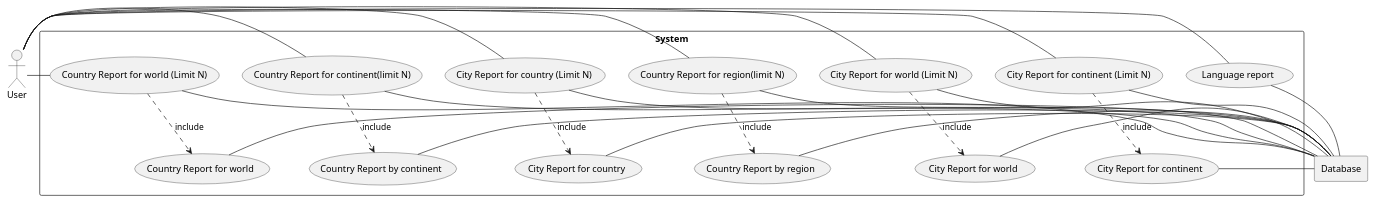
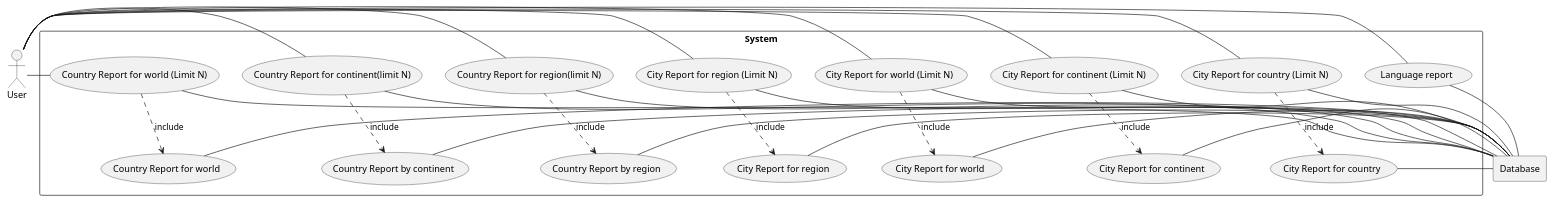
Before and after one commit to Drakon4ik-Coder/SET08103_GP: the diagram in use-cases/diagram-1.puml, drawn with PlantUML. The commit also changed 2 other files, not shown here.

Commit message:
Added use case for City Report for region

```diff
--- a/use-cases/diagram-1.puml
+++ b/use-cases/diagram-1.puml
@@ -1,52 +1,58 @@
 @startuml
 
 actor U as "User"
 
 rectangle Database
 
 rectangle "System" {
     usecase UC1 as "Country Report for world"
     usecase UC2 as "Country Report for world (Limit N)"
     usecase UC3 as "Country Report by continent"
     usecase UC4 as "Country Report for continent(limit N)"
     usecase UC5 as "Country Report by region"
     usecase UC6 as "Country Report for region(limit N)"
     usecase UC7 as "Language report"
     usecase UC8 as "City Report for world"
     usecase UC9 as "City Report for world (Limit N)"
     usecase UC10 as "City Report for continent"
     usecase UC11 as "City Report for continent (Limit N)"
     usecase UC12 as "City Report for country"
     usecase UC13 as "City Report for country (Limit N)"
+    usecase UC14 as "City Report for region"
+    usecase UC15 as "City Report for region (Limit N)"
 
     U - UC2
     U - UC4
     U - UC6
     U - UC7
     U - UC9
     U - UC11
     U - UC13
+    U - UC15
 
     UC2 ..> UC1 : include
     UC4 ..> UC3 : include
     UC6 ..> UC5 : include
     UC9 ..> UC8 : include
     UC11 ..> UC10 : include
     UC13 ..> UC12 : include
+    UC15 ..> UC14 : include
 
     UC1 - Database
     UC2 - Database
     UC3 - Database
     UC4 - Database
     UC5 - Database
     UC6 - Database
     UC7 - Database
     UC8 - Database
     UC9 - Database
     UC10 - Database
     UC11 - Database
     UC12 - Database
     UC13 - Database
+    UC14 - Database
+    UC15 - Database
 }
 
 @enduml
```
